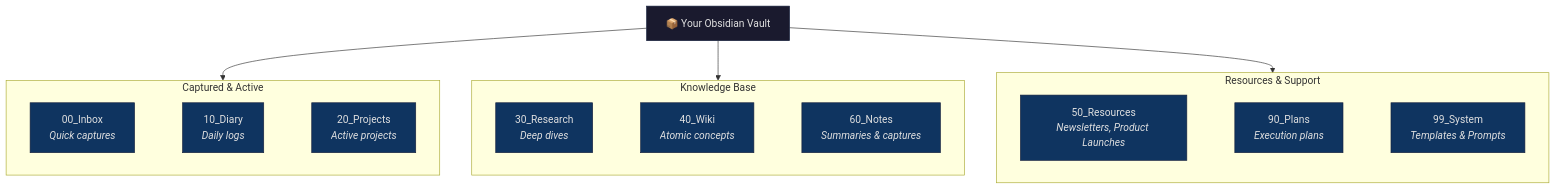
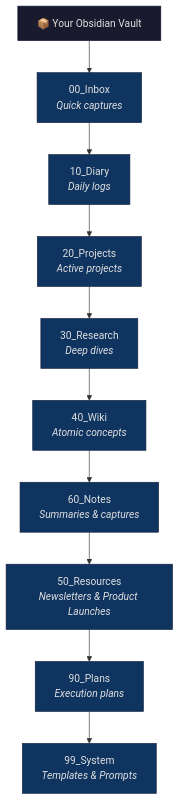
Before and after one commit to dull-bird/DeepOrbit: the second of 8 diagrams in README.md, drawn with Mermaid. The commit also changed 1 other file, not shown here.

````diff
--- a/README.md
+++ b/README.md
@@ -80,40 +80,24 @@
 ```mermaid
 flowchart TD
     V["📦 Your Obsidian Vault"]
-    
-    V --> G1
-    V --> G2
-    V --> G3
-
-    subgraph G1 ["Captured & Active"]
-        node_A["00_Inbox<br/><i>Quick captures</i>"]
-        node_B["10_Diary<br/><i>Daily logs</i>"]
-        node_C["20_Projects<br/><i>Active projects</i>"]
-        node_A ~~~ node_B ~~~ node_C
-    end
-    
-    subgraph G2 ["Knowledge Base"]
-        node_D["30_Research<br/><i>Deep dives</i>"]
-        node_E["40_Wiki<br/><i>Atomic concepts</i>"]
-        node_G["60_Notes<br/><i>Summaries & captures</i>"]
-        node_D ~~~ node_E ~~~ node_G
-    end
-    
-    subgraph G3 ["Resources & Support"]
-        node_F["50_Resources<br/><i>Newsletters, Product Launches</i>"]
-        node_H["90_Plans<br/><i>Execution plans</i>"]
-        node_I["99_System<br/><i>Templates & Prompts</i>"]
-        node_F ~~~ node_H ~~~ node_I
-    end
+    V --> A["00_Inbox<br/><i>Quick captures</i>"]
+    A --> B["10_Diary<br/><i>Daily logs</i>"]
+    B --> C["20_Projects<br/><i>Active projects</i>"]
+    C --> D["30_Research<br/><i>Deep dives</i>"]
+    D --> E["40_Wiki<br/><i>Atomic concepts</i>"]
+    E --> G["60_Notes<br/><i>Summaries & captures</i>"]
+    G --> F["50_Resources<br/><i>Newsletters & Product Launches</i>"]
+    F --> H["90_Plans<br/><i>Execution plans</i>"]
+    H --> I["99_System<br/><i>Templates & Prompts</i>"]
 
     style V fill:#1a1a2e,stroke:#16213e,color:#e0e0e0
-    style node_A fill:#0f3460,stroke:#16213e,color:#e0e0e0
-    style node_B fill:#0f3460,stroke:#16213e,color:#e0e0e0
-    style node_C fill:#0f3460,stroke:#16213e,color:#e0e0e0
-    style node_D fill:#0f3460,stroke:#16213e,color:#e0e0e0
-    style node_E fill:#0f3460,stroke:#16213e,color:#e0e0e0
-    style node_F fill:#0f3460,stroke:#16213e,color:#e0e0e0
-    style node_G fill:#0f3460,stroke:#16213e,color:#e0e0e0
-    style node_H fill:#0f3460,stroke:#16213e,color:#e0e0e0
-    style node_I fill:#0f3460,stroke:#16213e,color:#e0e0e0
+    style A fill:#0f3460,stroke:#16213e,color:#e0e0e0
+    style B fill:#0f3460,stroke:#16213e,color:#e0e0e0
+    style C fill:#0f3460,stroke:#16213e,color:#e0e0e0
+    style D fill:#0f3460,stroke:#16213e,color:#e0e0e0
+    style E fill:#0f3460,stroke:#16213e,color:#e0e0e0
+    style F fill:#0f3460,stroke:#16213e,color:#e0e0e0
+    style G fill:#0f3460,stroke:#16213e,color:#e0e0e0
+    style H fill:#0f3460,stroke:#16213e,color:#e0e0e0
+    style I fill:#0f3460,stroke:#16213e,color:#e0e0e0
 ```
````
